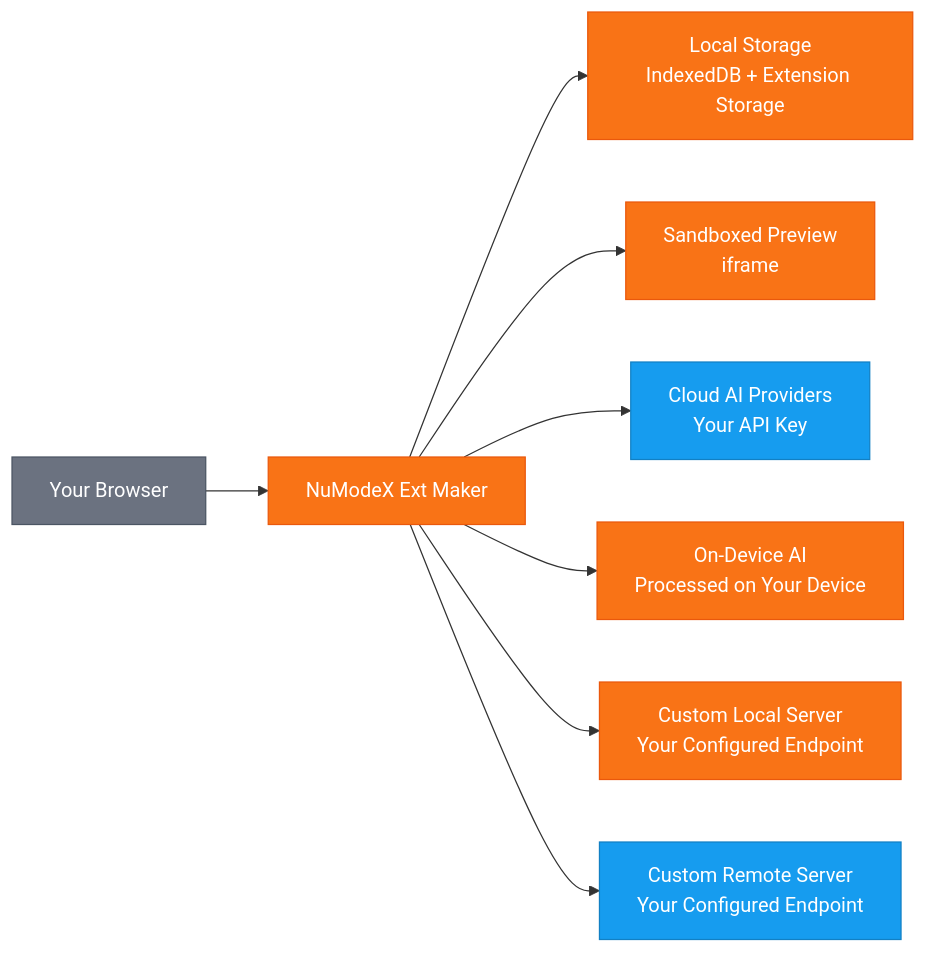
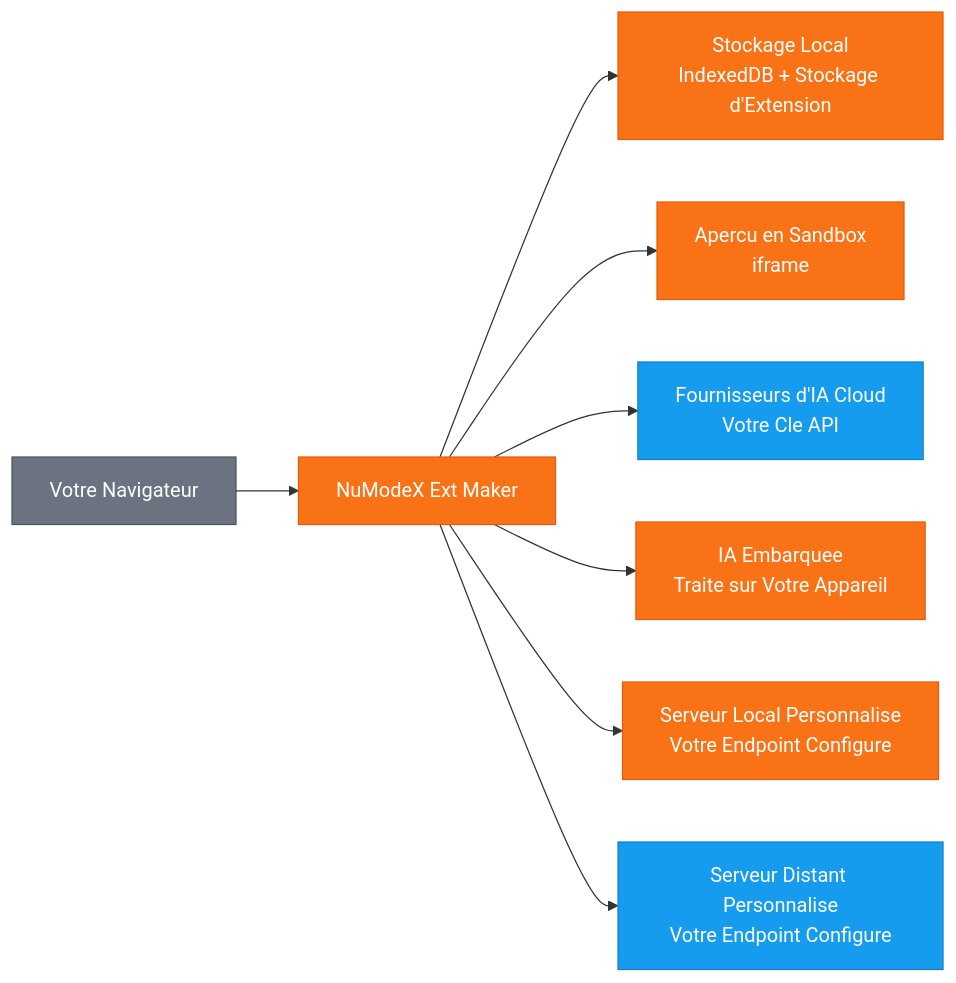
One commit to SoraVantia/NuModeX-Ext-Maker changed the diagram in README.fr.md. Above: the diagram before and after it, drawn with Mermaid.

````diff
--- a/README.fr.md
+++ b/README.fr.md
@@ -44,19 +44,19 @@
 ```mermaid
 graph LR
-    A[Your Browser] --> B[NuModeX Ext Maker]
-    B --> C[Local Storage<br/>IndexedDB + Extension Storage]
-    B --> D[Sandboxed Preview<br/>iframe]
-    B --> E[Cloud AI Providers<br/>Your API Key]
-    B --> F[On-Device AI<br/>Processed on Your Device]
-    B --> G[Custom Local Server<br/>Your Configured Endpoint]
-    B --> H[Custom Remote Server<br/>Your Configured Endpoint]
+    A[Votre Navigateur] --> B[NuModeX Ext Maker]
+    B --> C[Stockage Local<br/>IndexedDB + Stockage d'Extension]
+    B --> D[Apercu en Sandbox<br/>iframe]
+    B --> E[Fournisseurs d'IA Cloud<br/>Votre Cle API]
+    B --> F[IA Embarquee<br/>Traite sur Votre Appareil]
+    B --> G[Serveur Local Personnalise<br/>Votre Endpoint Configure]
+    B --> H[Serveur Distant Personnalise<br/>Votre Endpoint Configure]
 
     style A fill:#6b7280,color:#fff,stroke:#4b5563
     style B fill:#f97316,color:#fff,stroke:#ea580c
     style C fill:#f97316,color:#fff,stroke:#ea580c
     style D fill:#f97316,color:#fff,stroke:#ea580c
     style E fill:#169cef,color:#fff,stroke:#1280c4
     style F fill:#f97316,color:#fff,stroke:#ea580c
     style G fill:#f97316,color:#fff,stroke:#ea580c
     style H fill:#169cef,color:#fff,stroke:#1280c4
 ```
````
